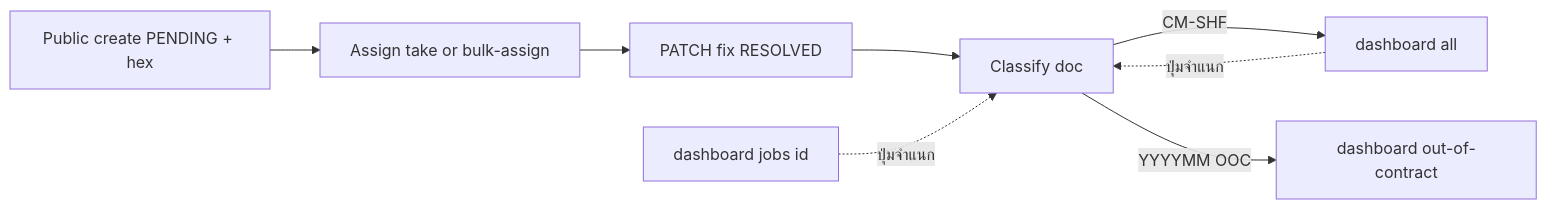
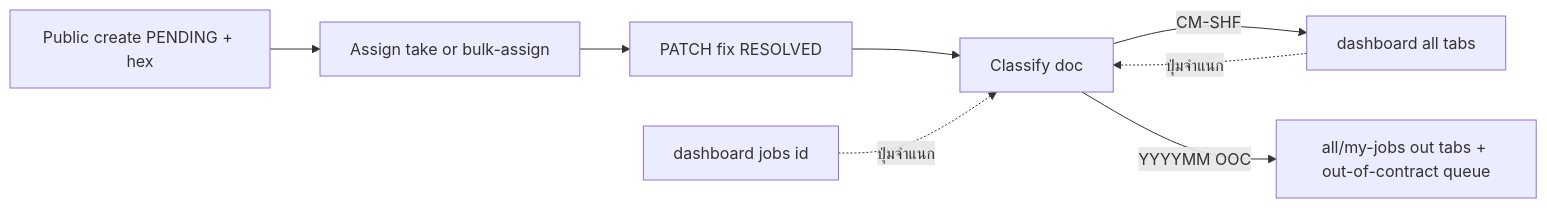
The diagram in docs/Meeting-11082026-Requirements-Plan.plan.md (sakdipath-sawangnath/dtrs-app), drawn with Mermaid before and after one commit. The commit also changed other lines of this file and 34 other files, not shown here.

````diff
--- a/docs/Meeting-11082026-Requirements-Plan.plan.md
+++ b/docs/Meeting-11082026-Requirements-Plan.plan.md
@@ -116,12 +116,12 @@
 ```mermaid
 flowchart LR
   create[Public create PENDING + hex]
   assign[Assign take or bulk-assign]
   close[PATCH fix RESOLVED]
   classify[Classify doc]
   create --> assign --> close --> classify
-  classify -->|CM-SHF| allPage[dashboard all]
-  classify -->|YYYYMM OOC| oocPage[dashboard out-of-contract]
+  classify -->|CM-SHF| allPage[dashboard all tabs]
+  classify -->|YYYYMM OOC| oocVis[all/my-jobs out tabs + out-of-contract queue]
   allPage -.->|ปุ่มจำแนก| classify
   detail[dashboard jobs id] -.->|ปุ่มจำแนก| classify
 ```
````
